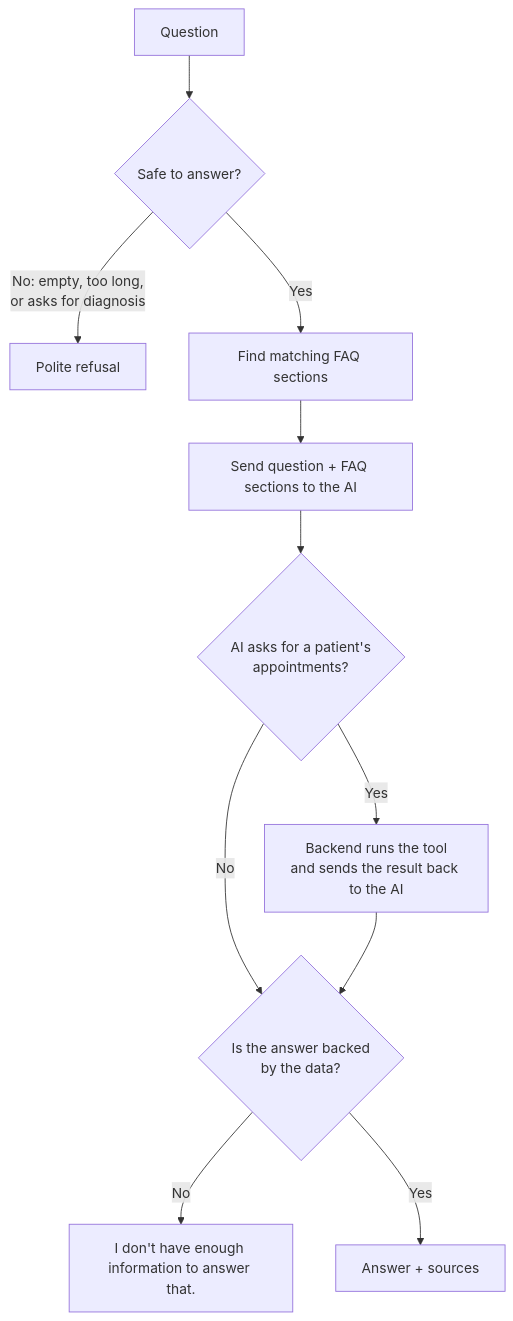
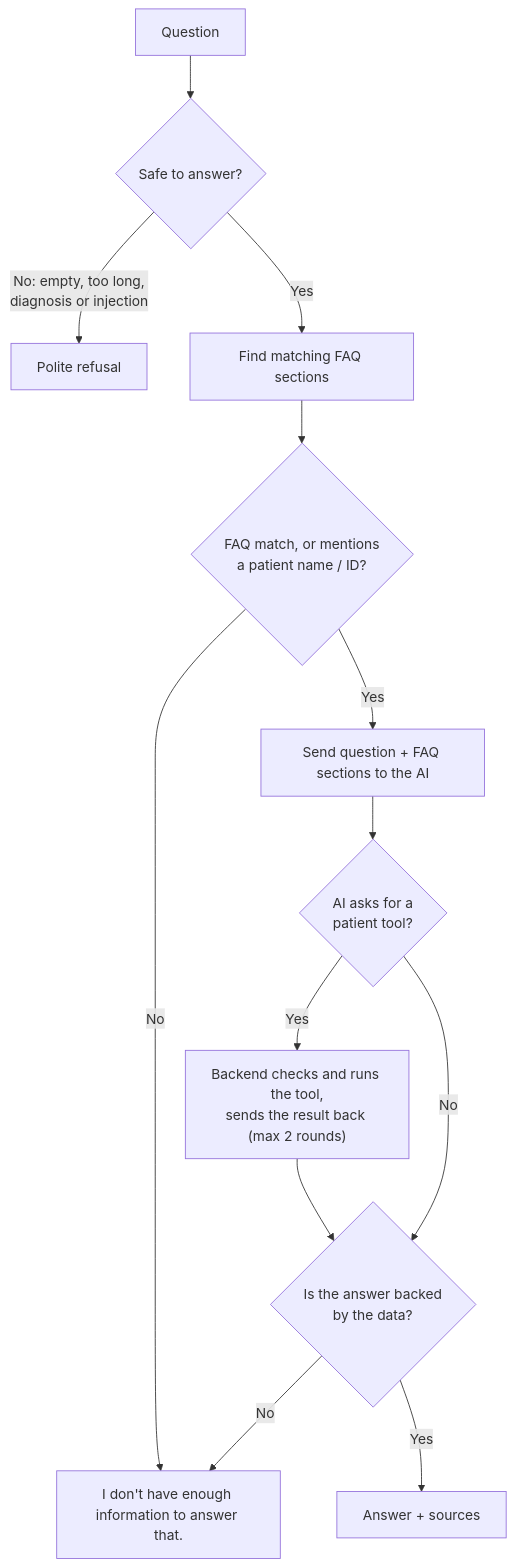
One commit to Jag2007/Patient_Management changed the second of 2 diagrams in README.md. Above: the diagram before and after it, drawn with Mermaid. The commit also changed other lines of this file and 6 other files, not shown here.

Commit message:
feat(ai): patient lookup by name and patient details tool; final README

````diff
--- a/README.md
+++ b/README.md
@@ -185,13 +196,15 @@
 ```mermaid
 flowchart TD
     A["Question"] --> B{"Safe to answer?"}
-    B -- "No: empty, too long,<br/>or asks for diagnosis" --> X["Polite refusal"]
+    B -- "No: empty, too long,<br/>diagnosis or injection" --> X["Polite refusal"]
     B -- Yes --> C["Find matching FAQ sections"]
-    C --> D["Send question + FAQ sections to the AI"]
-    D --> E{"AI asks for a patient's<br/>appointments?"}
-    E -- Yes --> F["Backend runs the tool<br/>and sends the result back to the AI"]
-    E -- No --> G
-    F --> G{"Is the answer backed<br/>by the data?"}
+    C --> C2{"FAQ match, or mentions<br/>a patient name / ID?"}
+    C2 -- No --> Y
+    C2 -- Yes --> D["Send question + FAQ sections to the AI"]
+    D --> E{"AI asks for a<br/>patient tool?"}
+    E -- Yes --> F["Backend checks and runs the tool,<br/>sends the result back (max 2 rounds)"]
+    F --> G
+    E -- No --> G{"Is the answer backed<br/>by the data?"}
     G -- No --> Y["I don't have enough information to answer that."]
     G -- Yes --> Z["Answer + sources"]
 ```
````
